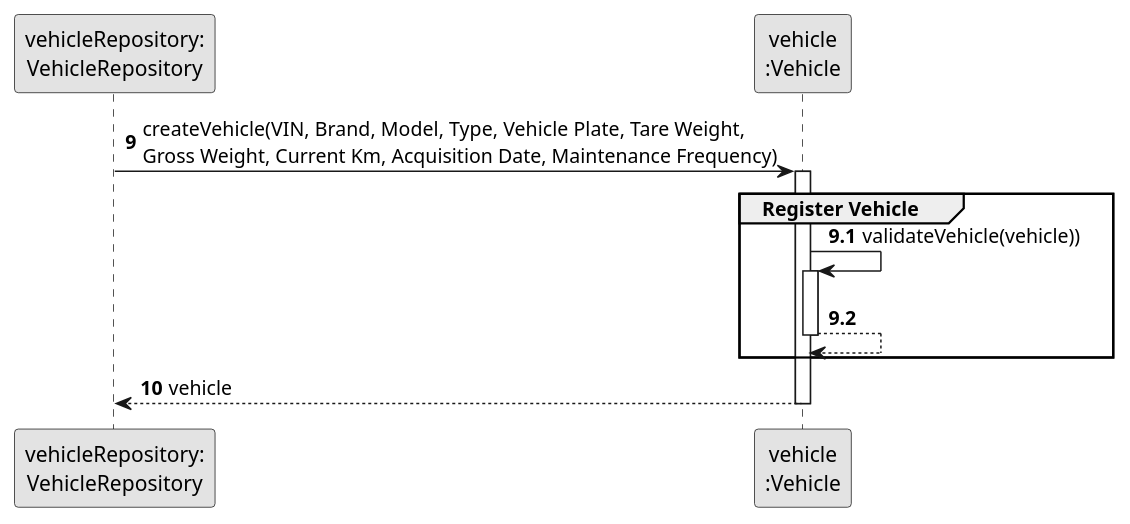
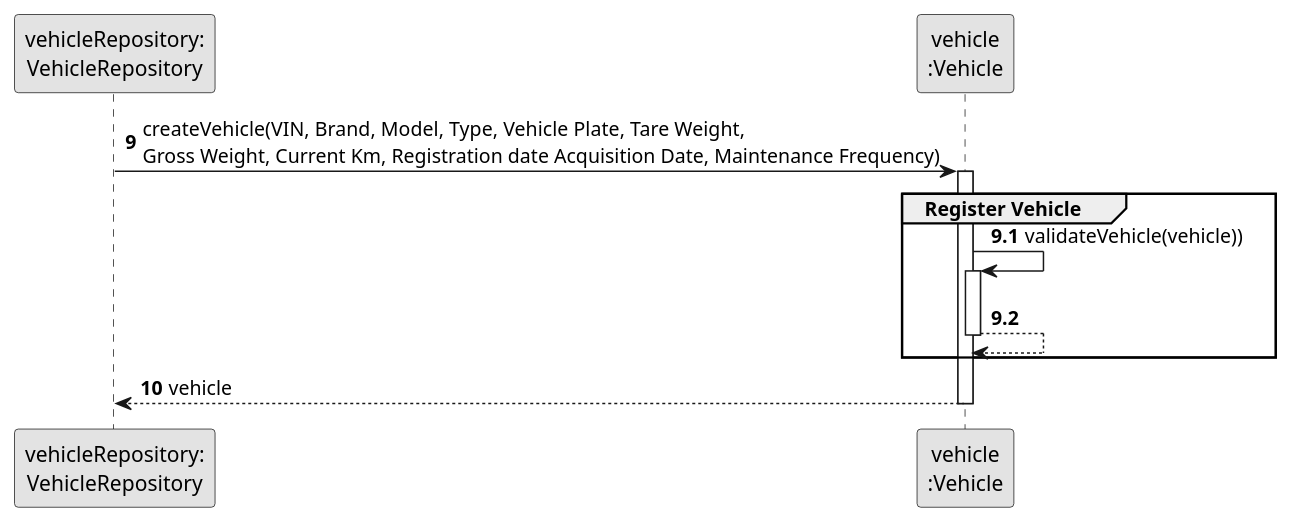
Before and after one commit to ricardomm7/leaflink: the diagram in docs/sprintB/us006/03.design/puml/us006-sequence-diagram-partial-register-vehicle.puml, drawn with PlantUML. The commit also changed 11 other files, not shown here.

Commit message:
Add registrationDate attribute forgotten on code and documentation

```diff
--- a/docs/sprintB/us006/03.design/puml/us006-sequence-diagram-partial-register-vehicle.puml
+++ b/docs/sprintB/us006/03.design/puml/us006-sequence-diagram-partial-register-vehicle.puml
@@ -1,33 +1,33 @@
 @startuml
 skinparam monochrome true
 skinparam packageStyle rectangle
 skinparam shadowing false
 
 participant "vehicleRepository:\nVehicleRepository" as VehicleRepository
 participant "vehicle\n:Vehicle" as VEI
 
 autonumber 9
-            VehicleRepository -> VEI: createVehicle(VIN, Brand, Model, Type, Vehicle Plate, Tare Weight, \nGross Weight, Current Km, Acquisition Date, Maintenance Frequency)
+            VehicleRepository -> VEI: createVehicle(VIN, Brand, Model, Type, Vehicle Plate, Tare Weight, \nGross Weight, Current Km, Registration date Acquisition Date, Maintenance Frequency)
 
 activate VEI
     group Register Vehicle
     autonumber 9.1
 
 
                               VEI -> VEI: validateVehicle(vehicle))
                               activate VEI
 
                               VEI --> VEI
                               deactivate VEI
 
 
 
 
     end
 
 autonumber 10
     VEI --> VehicleRepository: vehicle
 deactivate VEI
 
 
 @enduml
```
